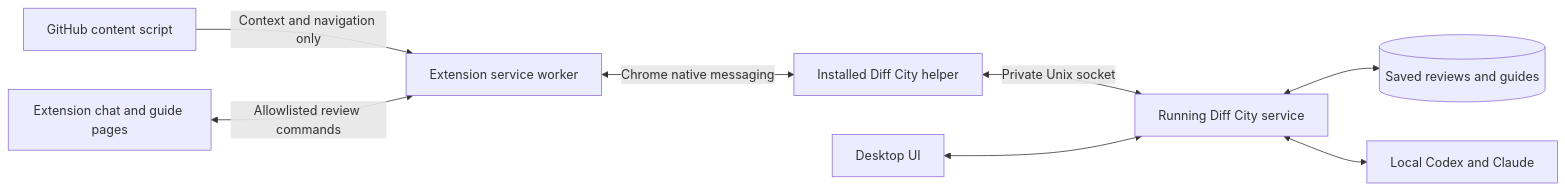
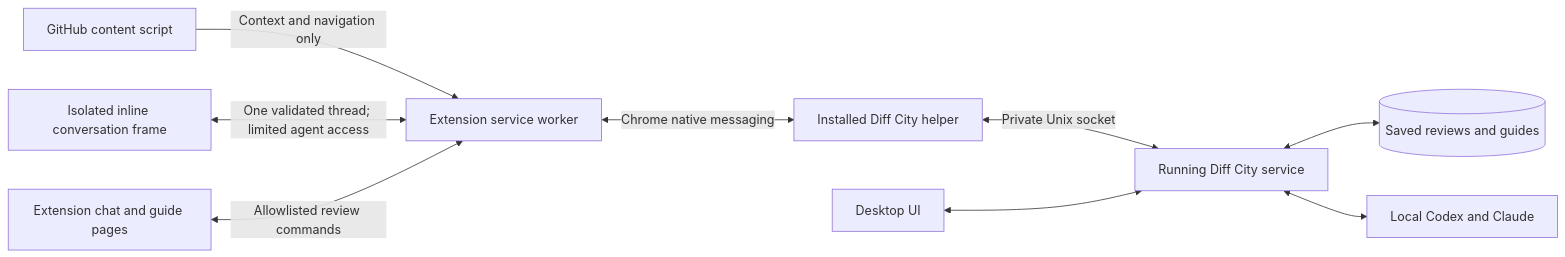
The diagram in docs/chrome-extension.md (crs48/diffcity), drawn with Mermaid before and after one commit. The commit also changed other lines of this file and 18 other files, not shown here.

````diff
--- a/docs/chrome-extension.md
+++ b/docs/chrome-extension.md
@@ -49,10 +53,11 @@
 ```mermaid
 flowchart LR
     G[GitHub content script] -->|Context and navigation only| E[Extension service worker]
+    I[Isolated inline conversation frame] <-->|One validated thread; limited agent access| E
     U[Extension chat and guide pages] <-->|Allowlisted review commands| E
     E <-->|Chrome native messaging| H[Installed Diff City helper]
     H <-->|Private Unix socket| S[Running Diff City service]
     D[Desktop UI] <--> S
     S <--> DB[(Saved reviews and guides)]
     S <--> A[Local Codex and Claude]
 ```
````
